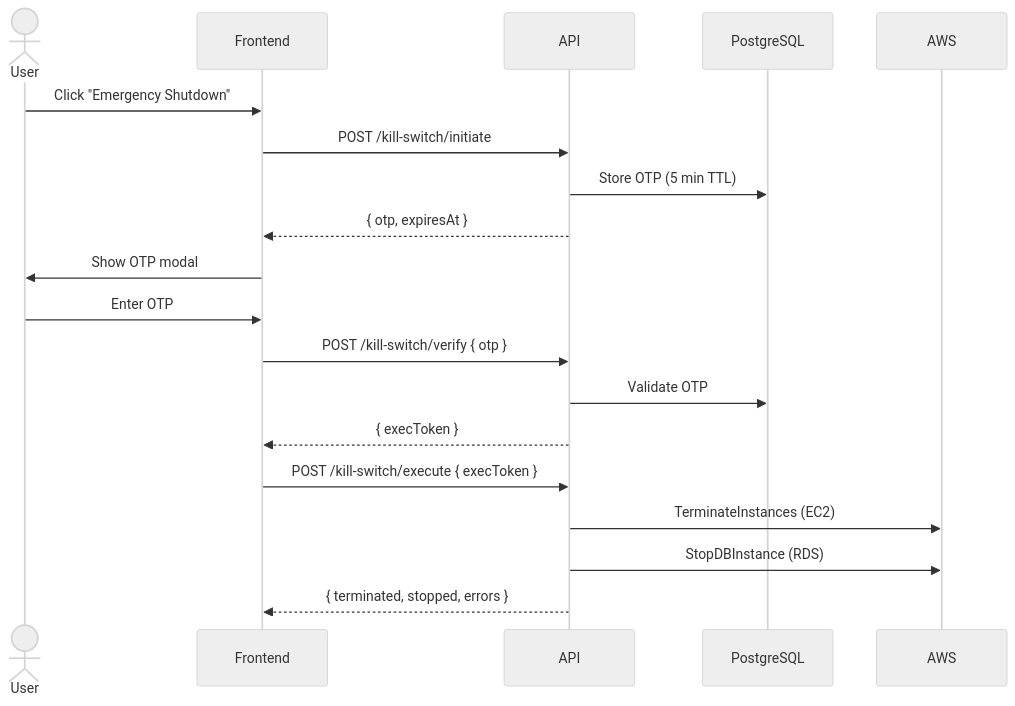
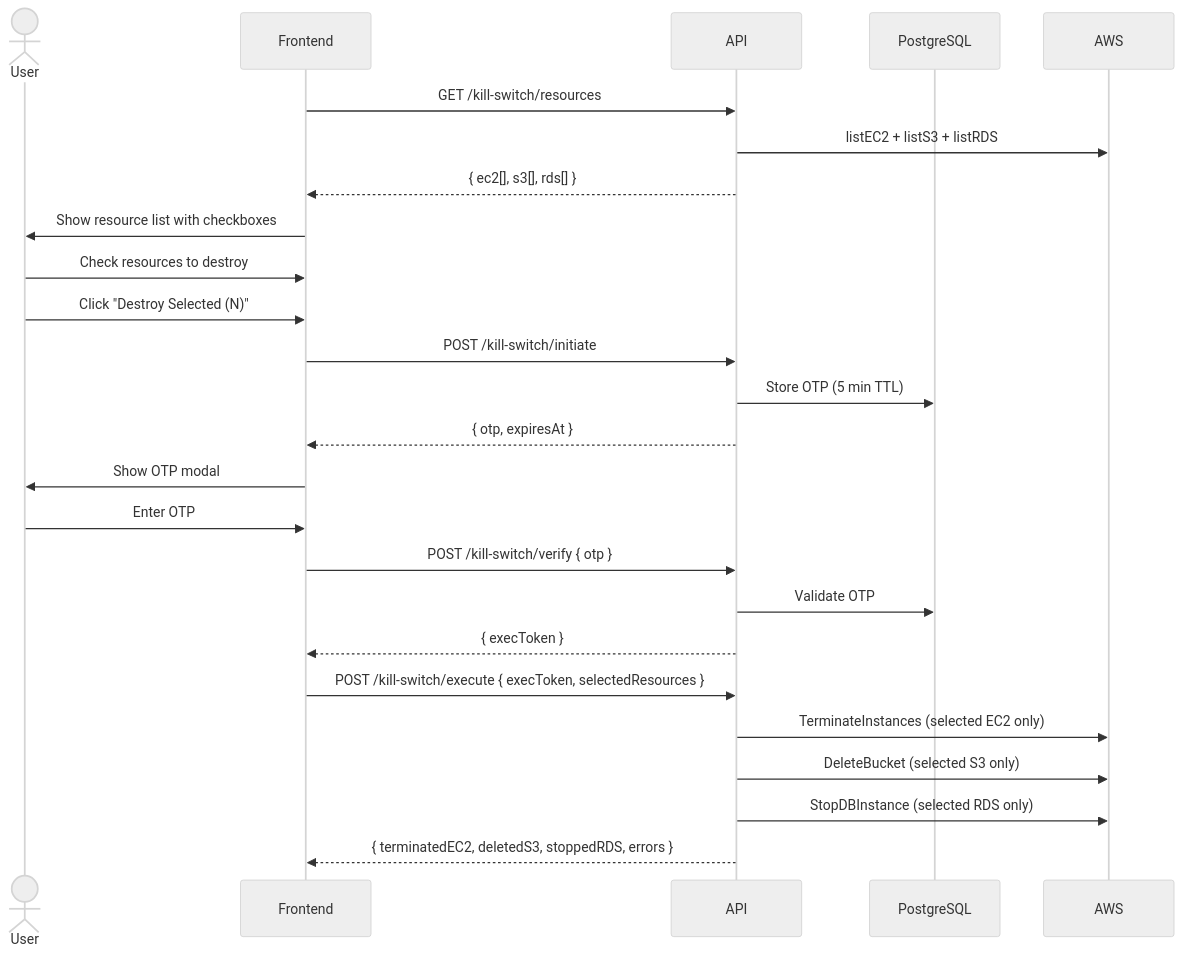
The second of 4 diagrams in README.md (Ad-Astra-BITS/Multicloud-Userfriendly-wrapper), drawn with Mermaid (neutral theme) before and after one commit. The commit also changed other lines of this file, not shown here.

Commit message:
docs(readme): document selective kill-switch resource deletion
Update API table, kill-switch sequence diagram, and technical depth
section to reflect the new checkbox-based selective deletion flow.

````diff
--- a/README.md
+++ b/README.md
@@ -122,22 +125,28 @@
 ```mermaid
 sequenceDiagram
     actor User
     participant FE as Frontend
     participant BE as API
     participant DB as PostgreSQL
     participant AWS
 
-    User->>FE: Click "Emergency Shutdown"
+    FE->>BE: GET /kill-switch/resources
+    BE->>AWS: listEC2 + listS3 + listRDS
+    BE-->>FE: { ec2[], s3[], rds[] }
+    FE->>User: Show resource list with checkboxes
+    User->>FE: Check resources to destroy
+    User->>FE: Click "Destroy Selected (N)"
     FE->>BE: POST /kill-switch/initiate
     BE->>DB: Store OTP (5 min TTL)
     BE-->>FE: { otp, expiresAt }
     FE->>User: Show OTP modal
     User->>FE: Enter OTP
     FE->>BE: POST /kill-switch/verify { otp }
     BE->>DB: Validate OTP
     BE-->>FE: { execToken }
-    FE->>BE: POST /kill-switch/execute { execToken }
-    BE->>AWS: TerminateInstances (EC2)
-    BE->>AWS: StopDBInstance (RDS)
-    BE-->>FE: { terminated, stopped, errors }
+    FE->>BE: POST /kill-switch/execute { execToken, selectedResources }
+    BE->>AWS: TerminateInstances (selected EC2 only)
+    BE->>AWS: DeleteBucket (selected S3 only)
+    BE->>AWS: StopDBInstance (selected RDS only)
+    BE-->>FE: { terminatedEC2, deletedS3, stoppedRDS, errors }
 ```
````
